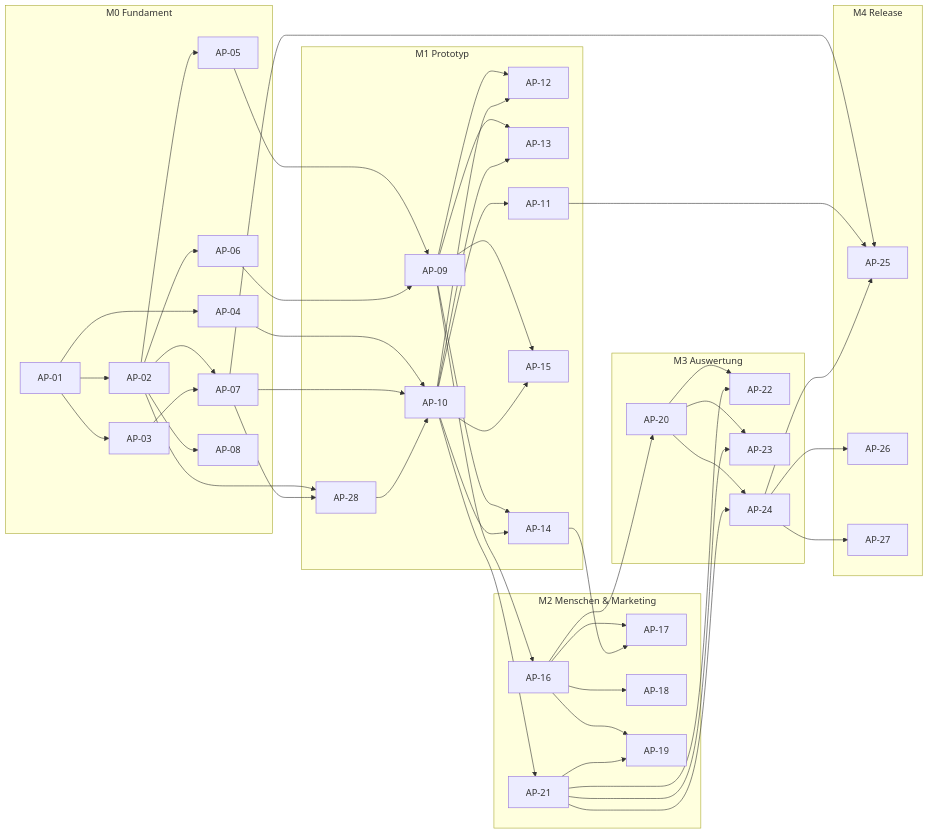
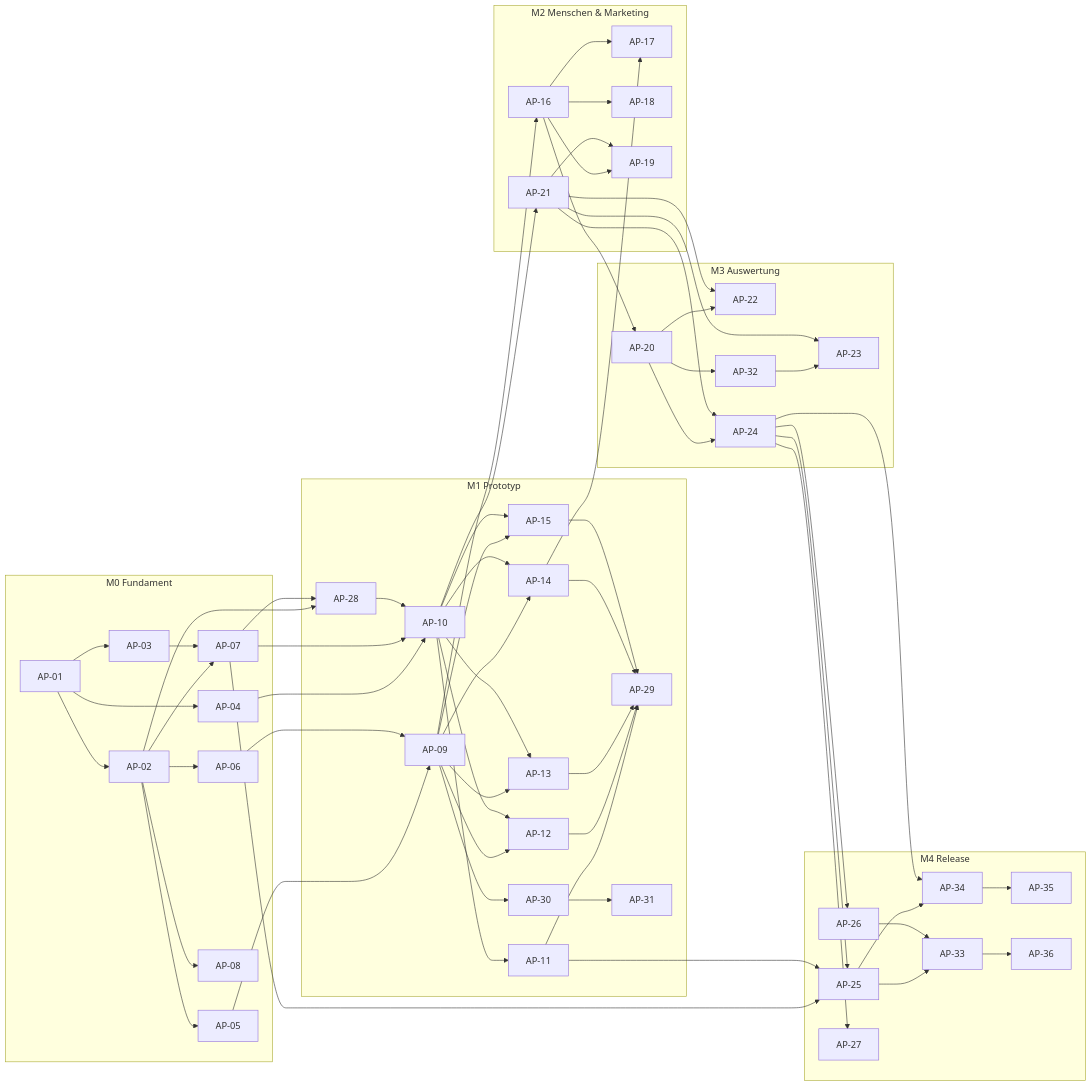
One commit to CemDCoding/appManager changed the third of 3 diagrams in docs/masterBuildPlan.md. Above: the diagram before and after it, drawn with Mermaid. The commit also changed other lines of this file and 146 other files, not shown here.

````diff
--- a/docs/masterBuildPlan.md
+++ b/docs/masterBuildPlan.md
@@ -558,36 +591,48 @@
 ```mermaid
 flowchart LR
   subgraph M0["M0 Fundament"]
     AP01["AP-01"] --> AP02["AP-02"] & AP03["AP-03"] & AP04["AP-04"]
     AP02 --> AP05["AP-05"] & AP06["AP-06"] & AP07["AP-07"] & AP08["AP-08"]
     AP03 --> AP07
   end
   subgraph M1["M1 Prototyp"]
     AP09["AP-09"]
     AP28["AP-28"]
     AP10["AP-10"]
     AP09 & AP10 --> AP12["AP-12"] & AP13["AP-13"] & AP14["AP-14"] & AP15["AP-15"]
     AP10 --> AP11["AP-11"]
+    AP11 & AP12 & AP13 & AP14 & AP15 --> AP29["AP-29"]
+    AP09 --> AP30["AP-30"] --> AP31["AP-31"]
   end
   subgraph M2["M2 Menschen & Marketing"]
     AP16["AP-16"] --> AP17["AP-17"] & AP18["AP-18"] & AP19["AP-19"]
     AP21["AP-21"] --> AP19
   end
   subgraph M3["M3 Auswertung"]
-    AP20["AP-20"] --> AP22["AP-22"] & AP23["AP-23"] & AP24["AP-24"]
+    AP20["AP-20"] --> AP22["AP-22"] & AP24["AP-24"] & AP32["AP-32"]
+    AP32 --> AP23["AP-23"]
   end
   AP21 --> AP22 & AP23 & AP24
   AP14 --> AP17
   subgraph M4["M4 Release"]
     AP25["AP-25"]
     AP26["AP-26"]
     AP27["AP-27"]
+    AP33["AP-33"]
+    AP34["AP-34"]
+    AP35["AP-35"]
+    AP36["AP-36"]
   end
   AP05 & AP06 --> AP09
   AP02 & AP07 --> AP28
   AP04 & AP07 & AP28 --> AP10
   AP09 --> AP16 --> AP20
   AP10 --> AP21
   AP07 & AP11 --> AP25
   AP24 --> AP25 & AP26 & AP27
+  AP25 --> AP33 & AP34
+  AP26 --> AP33
+  AP24 --> AP34
+  AP34 --> AP35
+  AP33 --> AP36
 ```
````
